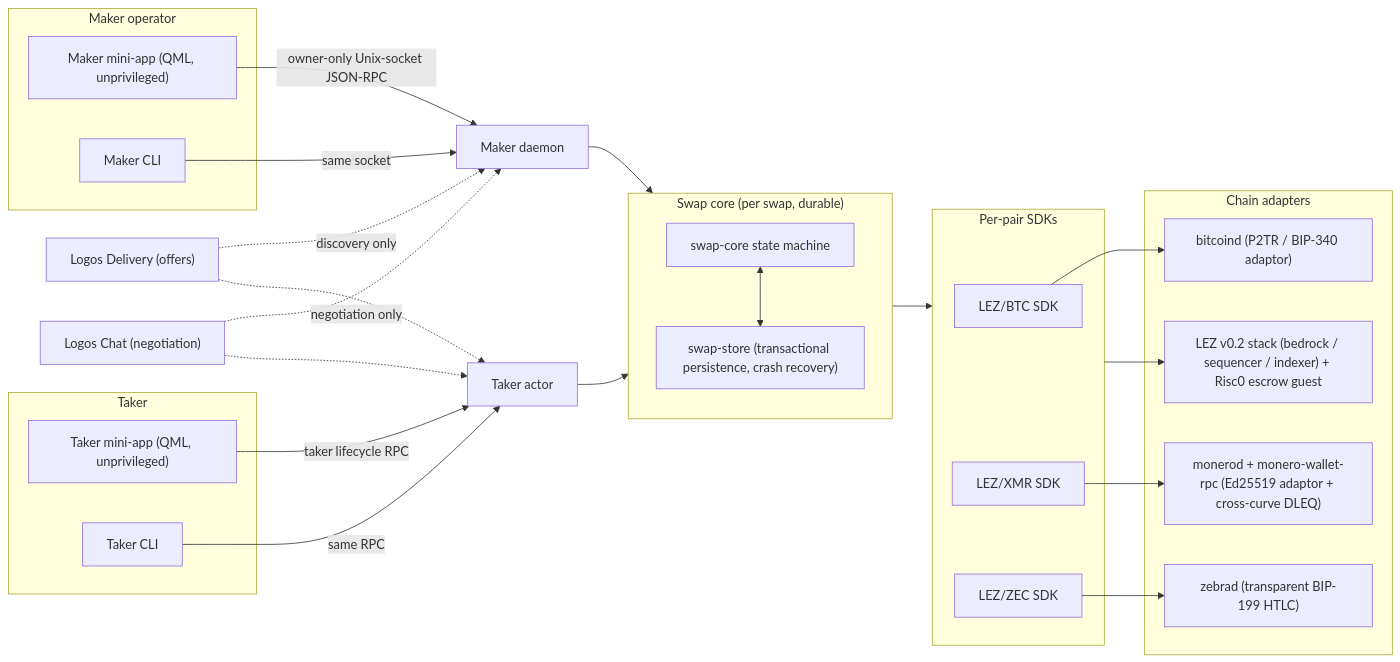
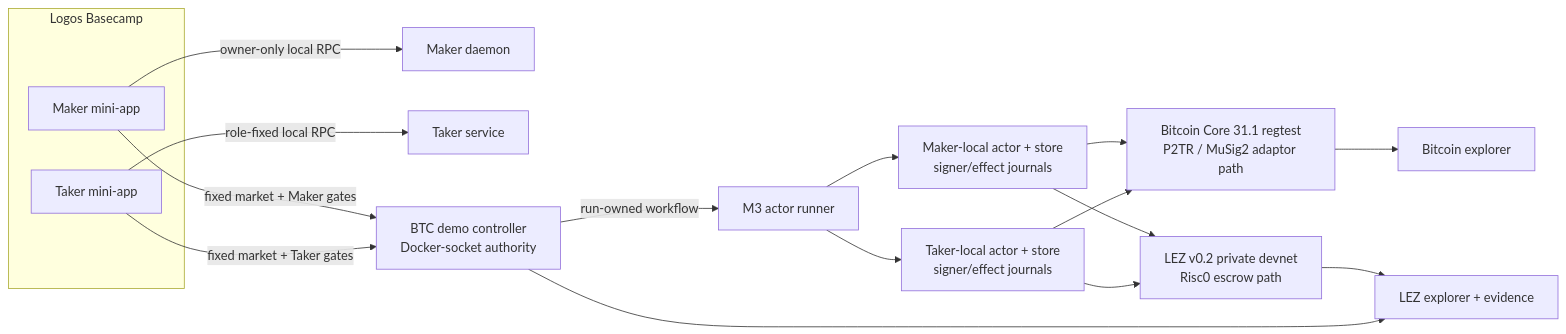
One commit to gateway-fm/lez-atomic-swaps changed the first of 3 diagrams in docs/diagrams.md. Above: the diagram before and after it, drawn with Mermaid. The commit also changed other lines of this file and 24 other files, not shown here.

````diff
--- a/docs/diagrams.md
+++ b/docs/diagrams.md
@@ -15,47 +18,25 @@
 ```mermaid
 flowchart LR
-    subgraph client["Maker operator"]
-        MQML["Maker mini-app (QML, unprivileged)"]
-        MCLI["Maker CLI"]
-    end
-    subgraph takerSide["Taker"]
-        TQML["Taker mini-app (QML, unprivileged)"]
-        TCLI["Taker CLI"]
+    subgraph UI["Logos Basecamp"]
+        MAKER_UI["Maker mini-app"]
+        TAKER_UI["Taker mini-app"]
     end
 
-    MQML -->|"owner-only Unix-socket JSON-RPC"| MD["Maker daemon"]
-    MCLI -->|"same socket"| MD
-    TQML -->|"taker lifecycle RPC"| TD["Taker actor"]
-    TCLI -->|"same RPC"| TD
+    MAKER_UI -->|"owner-only local RPC"| MAKER["Maker daemon"]
+    TAKER_UI -->|"role-fixed local RPC"| TAKER["Taker service"]
+    MAKER_UI -->|"fixed market + Maker gates"| CONTROL["BTC demo controller\nDocker-socket authority"]
+    TAKER_UI -->|"fixed market + Taker gates"| CONTROL
 
-    subgraph core["Swap core (per swap, durable)"]
-        SC["swap-core state machine"]
-        ST["swap-store (transactional persistence, crash recovery)"]
-        SC <--> ST
-    end
-    MD --> core
-    TD --> core
+    CONTROL -->|"run-owned workflow"| RUNNER["M3 actor runner"]
+    RUNNER --> MAKER_STATE["Maker-local actor + store\nsigner/effect journals"]
+    RUNNER --> TAKER_STATE["Taker-local actor + store\nsigner/effect journals"]
 
-    subgraph sdks["Per-pair SDKs"]
-        BTCSDK["LEZ/BTC SDK"]
-        XMRSDK["LEZ/XMR SDK"]
-        ZECSDK["LEZ/ZEC SDK"]
-    end
-    core --> sdks
+    MAKER_STATE --> BTC["Bitcoin Core 31.1 regtest\nP2TR / MuSig2 adaptor path"]
+    MAKER_STATE --> LEZ["LEZ v0.2 private devnet\nRisc0 escrow path"]
+    TAKER_STATE --> BTC
+    TAKER_STATE --> LEZ
 
-    subgraph chains["Chain adapters"]
-        LEZ["LEZ v0.2 stack (bedrock / sequencer / indexer) + Risc0 escrow guest"]
-        CORED["bitcoind (P2TR / BIP-340 adaptor)"]
-        MONEROD["monerod + monero-wallet-rpc (Ed25519 adaptor + cross-curve DLEQ)"]
-        ZEBRA["zebrad (transparent BIP-199 HTLC)"]
-    end
-    BTCSDK --> CORED
-    XMRSDK --> MONEROD
-    ZECSDK --> ZEBRA
-    sdks --> LEZ
-
-    DELIVERY["Logos Delivery (offers)"] -.->|discovery only| MD
-    CHAT["Logos Chat (negotiation)"] -.->|negotiation only| MD
-    DELIVERY -.-> TD
-    CHAT -.-> TD
+    BTC --> BTC_EXPLORER["Bitcoin explorer"]
+    LEZ --> LEZ_EXPLORER["LEZ explorer + evidence"]
+    CONTROL --> LEZ_EXPLORER
 ```
````
